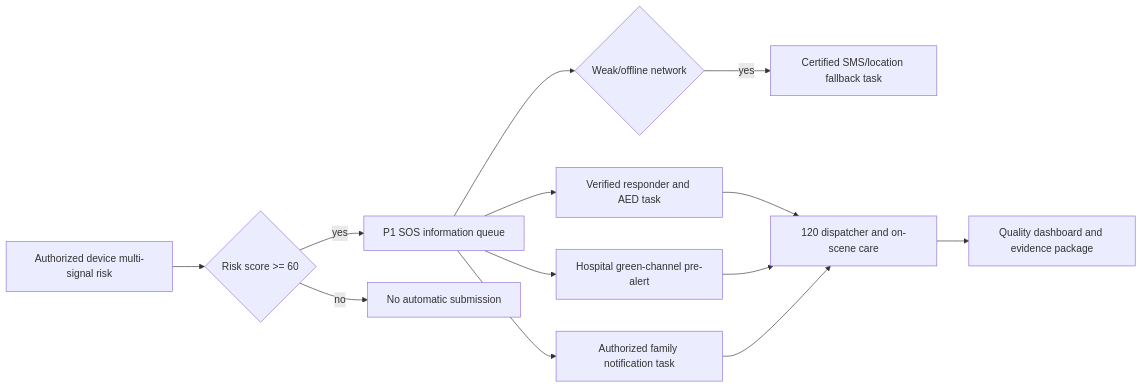
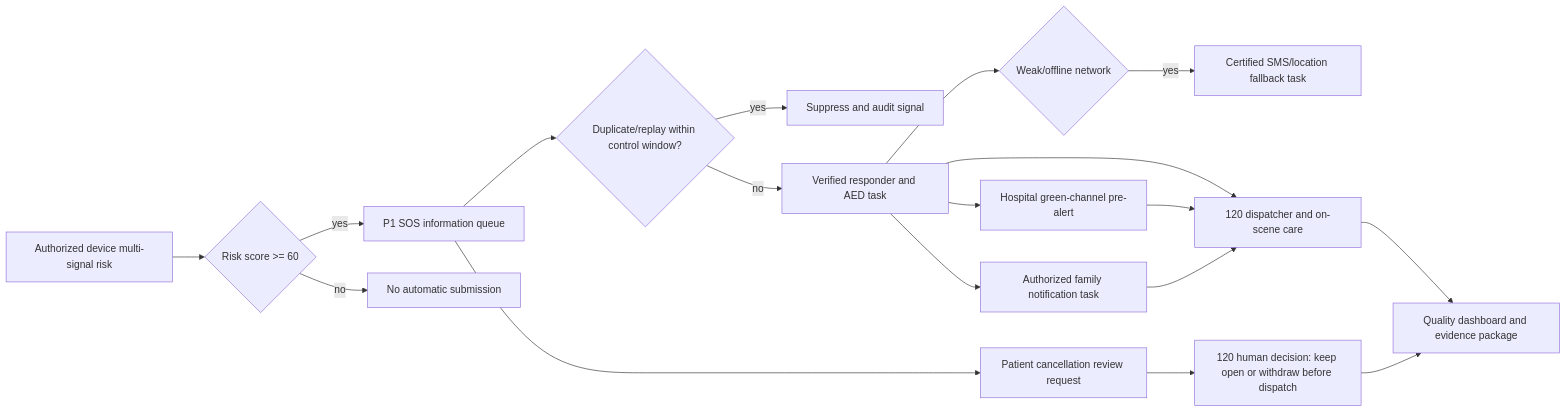
The diagram in docs/emergency-life-chain.md (xujiann/chronic-care-platform), drawn with Mermaid before and after one commit. The commit also changed other lines of this file and 7 other files, not shown here.

````diff
--- a/docs/emergency-life-chain.md
+++ b/docs/emergency-life-chain.md
@@ -13,15 +13,20 @@
 ```mermaid
 flowchart LR
   D["Authorized device multi-signal risk"] --> R{"Risk score >= 60"}
   R -->|"yes"| S["P1 SOS information queue"]
   R -->|"no"| N["No automatic submission"]
-  S --> F["Verified responder and AED task"]
-  S --> G["Hospital green-channel pre-alert"]
-  S --> H["Authorized family notification task"]
-  S --> W{"Weak/offline network"}
+  S --> I{"Duplicate/replay within control window?"}
+  I -->|"yes"| J["Suppress and audit signal"]
+  I -->|"no"| F["Verified responder and AED task"]
+  F --> G["Hospital green-channel pre-alert"]
+  F --> H["Authorized family notification task"]
+  F --> W{"Weak/offline network"}
   W -->|"yes"| X["Certified SMS/location fallback task"]
   F --> C["120 dispatcher and on-scene care"]
   G --> C
   H --> C
   C --> Q["Quality dashboard and evidence package"]
+  S --> K["Patient cancellation review request"]
+  K --> L["120 human decision: keep open or withdraw before dispatch"]
+  L --> Q
 ```
````
